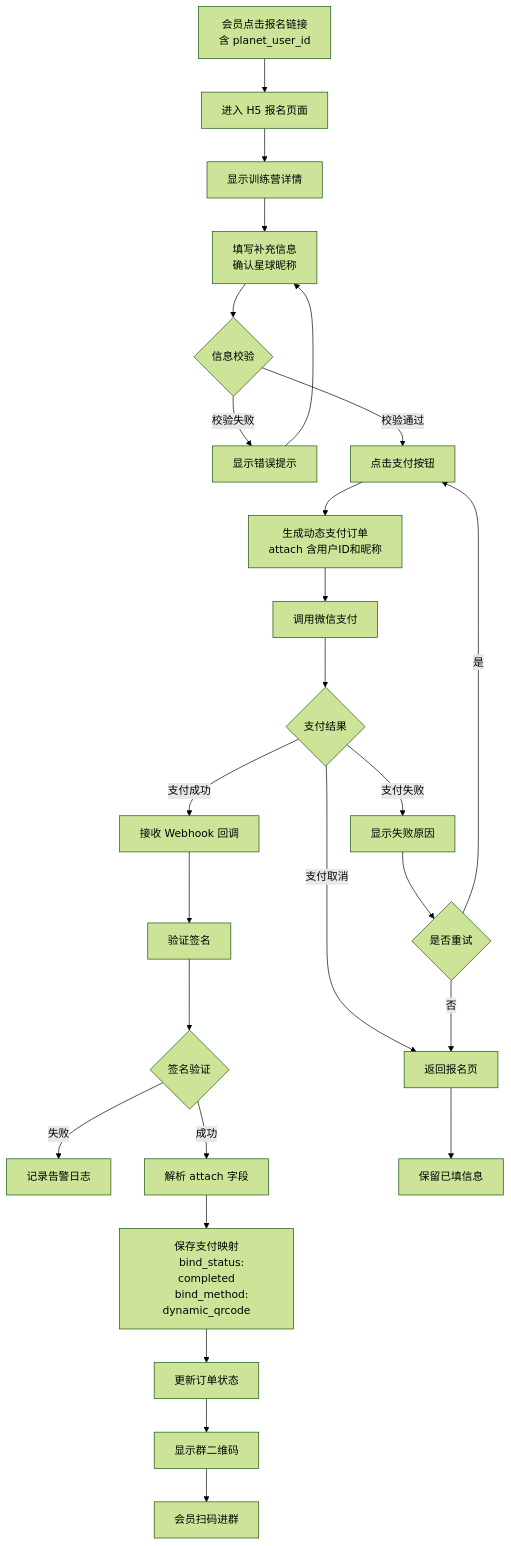
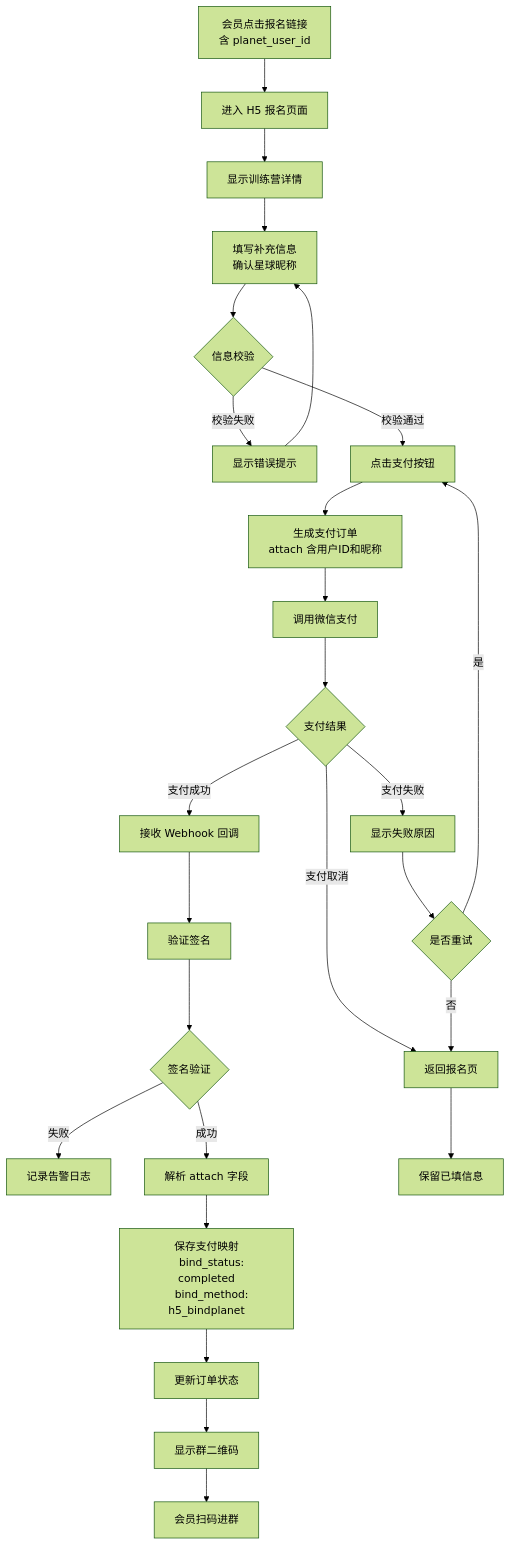
The third of 13 diagrams in docs/v1/diagrams/业务流程图.md (yiancode/AutoDepositRefundAgent), drawn with Mermaid (forest theme) before and after one commit. The commit also changed other lines of this file and 5 other files, not shown here.

First line of the commit message:
docs(design): 同步 diagrams 与技术方案，移除智能匹配逻辑

````diff
--- a/docs/v1/diagrams/业务流程图.md
+++ b/docs/v1/diagrams/业务流程图.md
@@ -74,40 +76,40 @@
 ```mermaid
 flowchart TD
     A["会员点击报名链接
     含 planet_user_id"] --> B[进入 H5 报名页面]
     B --> C[显示训练营详情]
     C --> D["填写补充信息
     确认星球昵称"]
 
     D --> E{信息校验}
     E -->|校验失败| F[显示错误提示]
     F --> D
 
     E -->|校验通过| G[点击支付按钮]
-    G --> H["生成动态支付订单
+    G --> H["生成支付订单
     attach 含用户ID和昵称"]
     H --> I[调用微信支付]
 
     I --> J{支付结果}
     J -->|支付成功| K[接收 Webhook 回调]
     J -->|支付取消| L[返回报名页]
     J -->|支付失败| M[显示失败原因]
 
     K --> N[验证签名]
     N --> O{签名验证}
     O -->|失败| P[记录告警日志]
     O -->|成功| Q[解析 attach 字段]
 
     Q --> R["保存支付映射
     bind_status: completed
-    bind_method: dynamic_qrcode"]
+    bind_method: h5_bindplanet"]
     R --> S[更新订单状态]
     S --> T[显示群二维码]
     T --> U[会员扫码进群]
 
     M --> V{是否重试}
     V -->|是| G
     V -->|否| L
 
     L --> W[保留已填信息]
 ```
````
